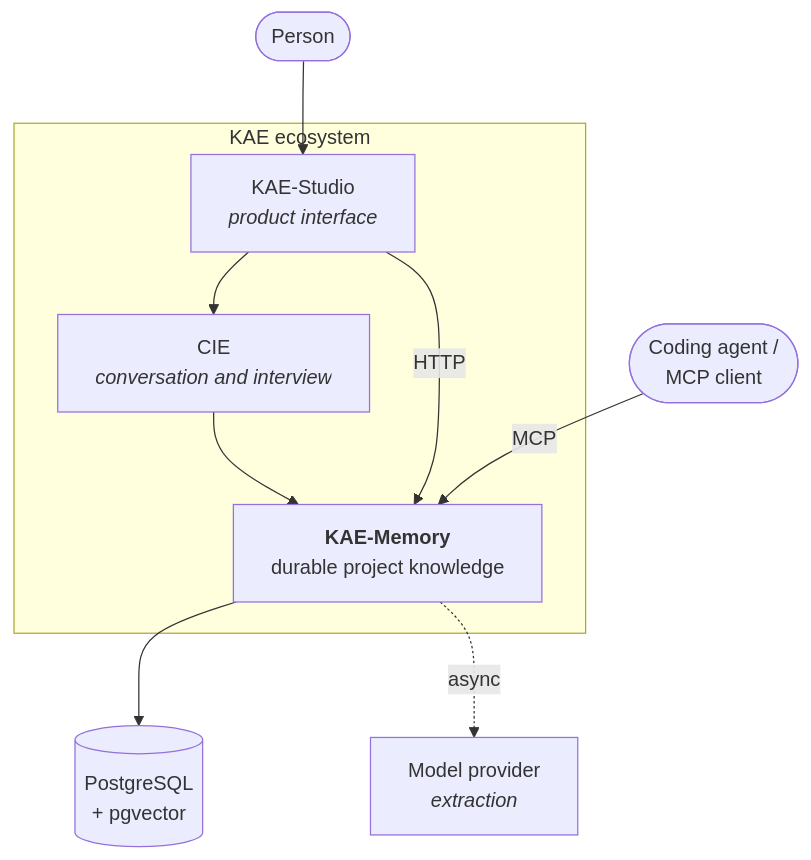
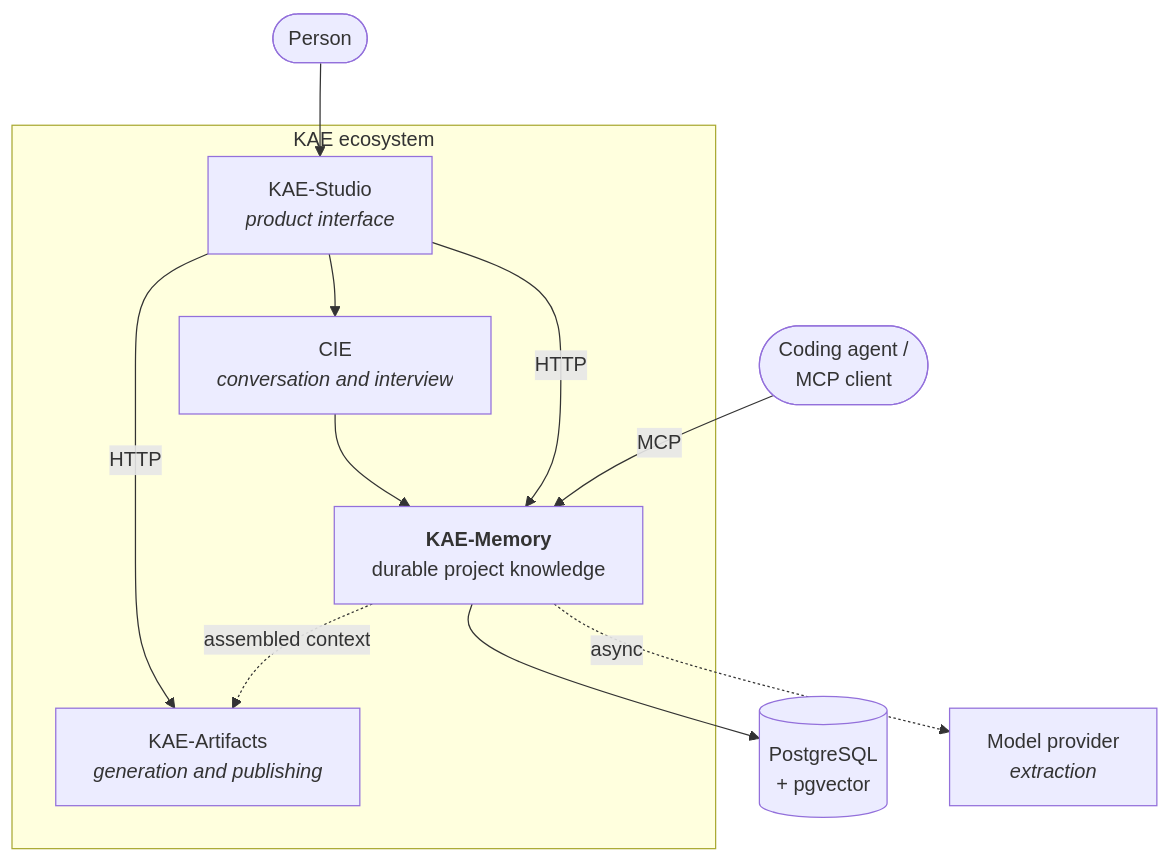
Before and after one commit to crismag/KAE-Memory: the diagram in docs/architecture/system-context.md, drawn with Mermaid. The commit also changed other lines of this file and 2 other files, not shown here.

First line of the commit message:
docs: name the artifact-generation boundary, and what is not yet wired

````diff
--- a/docs/architecture/system-context.md
+++ b/docs/architecture/system-context.md
@@ -5,22 +5,25 @@
 ```mermaid
 flowchart TB
     person([Person])
     agent([Coding agent /<br/>MCP client])
 
     subgraph kae[KAE ecosystem]
         studio[KAE-Studio<br/><i>product interface</i>]
         cie[CIE<br/><i>conversation and interview</i>]
         memory[<b>KAE-Memory</b><br/>durable project knowledge]
+        artifacts[KAE-Artifacts<br/><i>generation and publishing</i>]
     end
 
     db[(PostgreSQL<br/>+ pgvector)]
     model[Model provider<br/><i>extraction</i>]
 
     person --> studio
     studio --> cie
     cie --> memory
     studio -->|HTTP| memory
+    studio -->|HTTP| artifacts
+    memory -.->|assembled context| artifacts
     agent -->|MCP| memory
     memory --> db
     memory -.->|async| model
 ```
````
